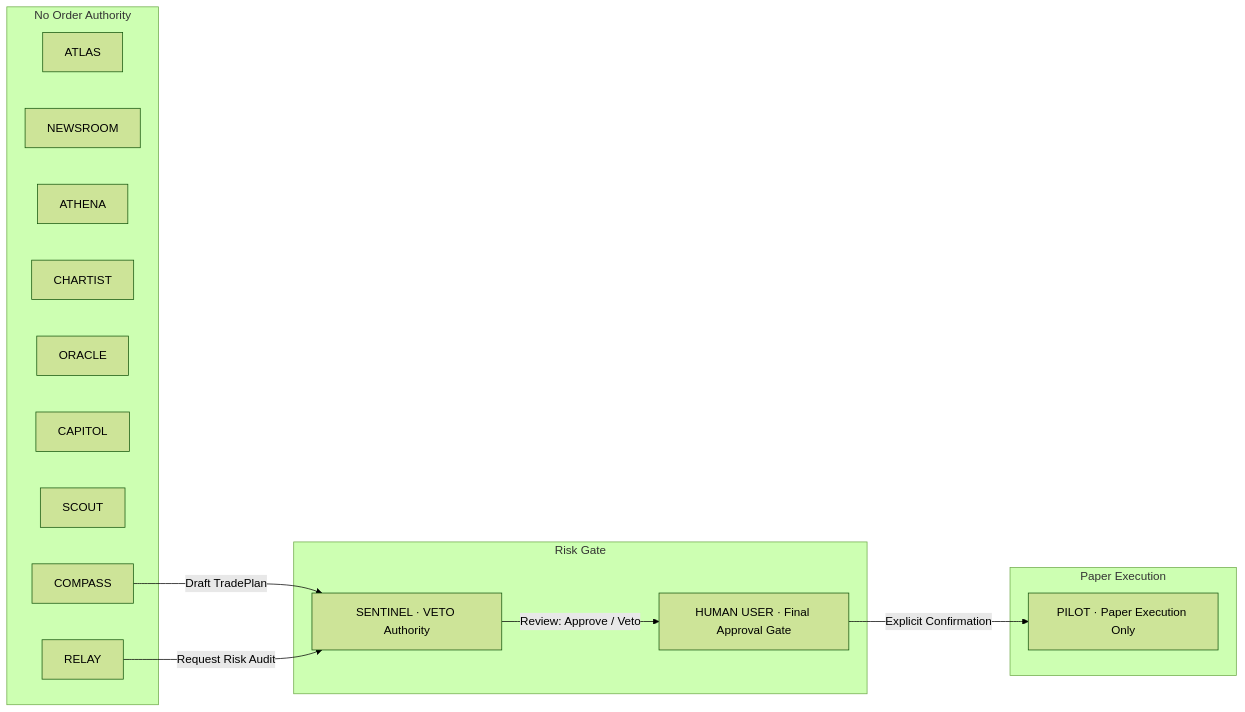
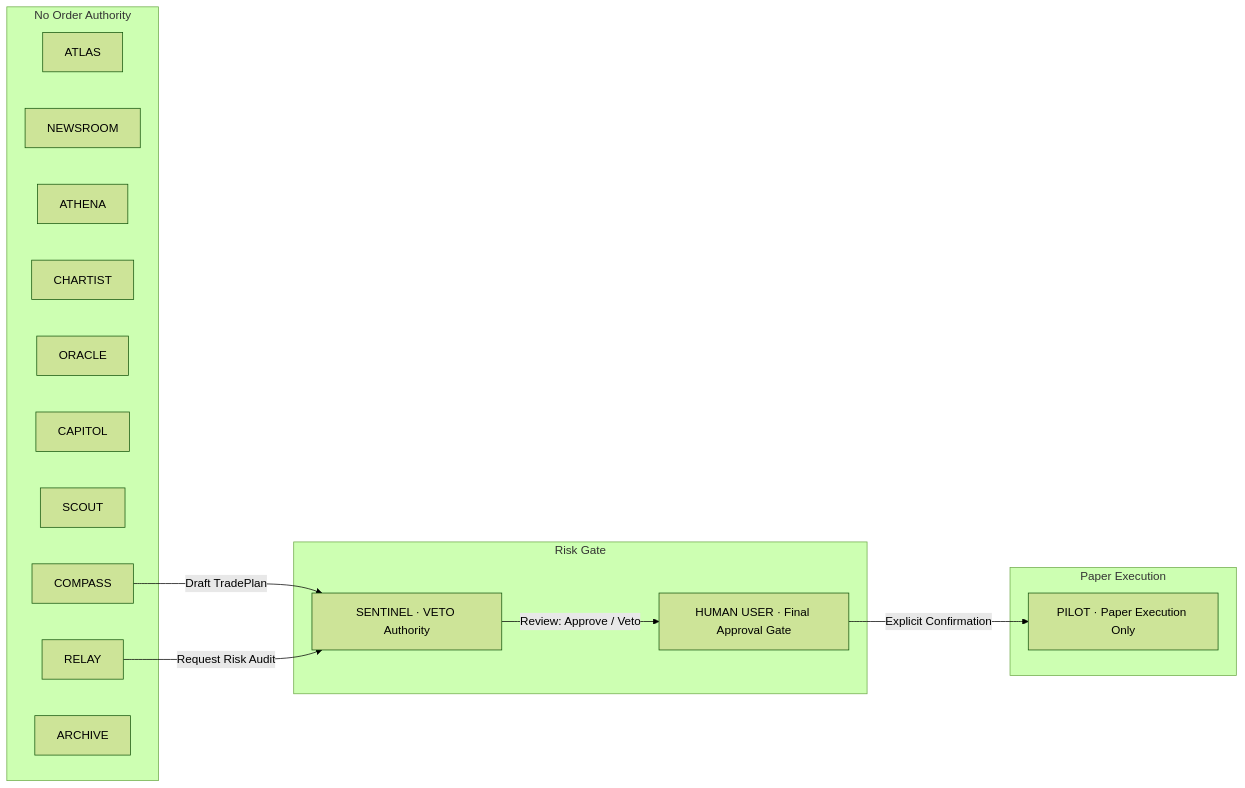
The diagram in SECURITY.md (Itzjay169/F.R.I.D.A.Y), drawn with Mermaid (forest theme) before and after one commit. The commit also changed other lines of this file and 20 other files, not shown here.

````diff
--- a/SECURITY.md
+++ b/SECURITY.md
@@ -29,28 +29,29 @@
 ```mermaid
 graph LR
     subgraph Read & Analyze Only [No Order Authority]
         ATLAS[ATLAS]
         NEWSROOM[NEWSROOM]
         ATHENA[ATHENA]
         CHARTIST[CHARTIST]
         ORACLE[ORACLE]
         CAPITOL[CAPITOL]
         SCOUT[SCOUT]
         COMPASS[COMPASS]
         RELAY[RELAY]
+        ARCHIVE[ARCHIVE]
     end
 
     subgraph Risk Gate
         SENTINEL[SENTINEL · VETO Authority]
         USER[HUMAN USER · Final Approval Gate]
     end
 
     subgraph Paper Execution
         PILOT[PILOT · Paper Execution Only]
     end
 
     COMPASS -->|Draft TradePlan| SENTINEL
     RELAY -->|Request Risk Audit| SENTINEL
     SENTINEL -->|Review: Approve / Veto| USER
     USER -->|Explicit Confirmation| PILOT
 ```
````
